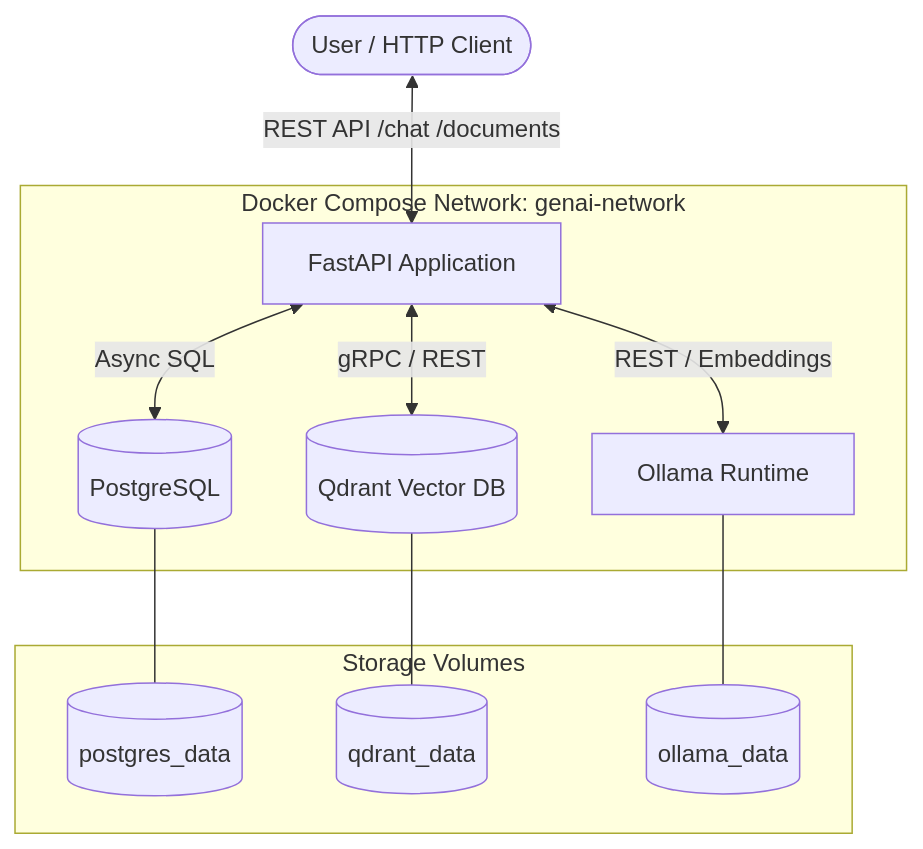
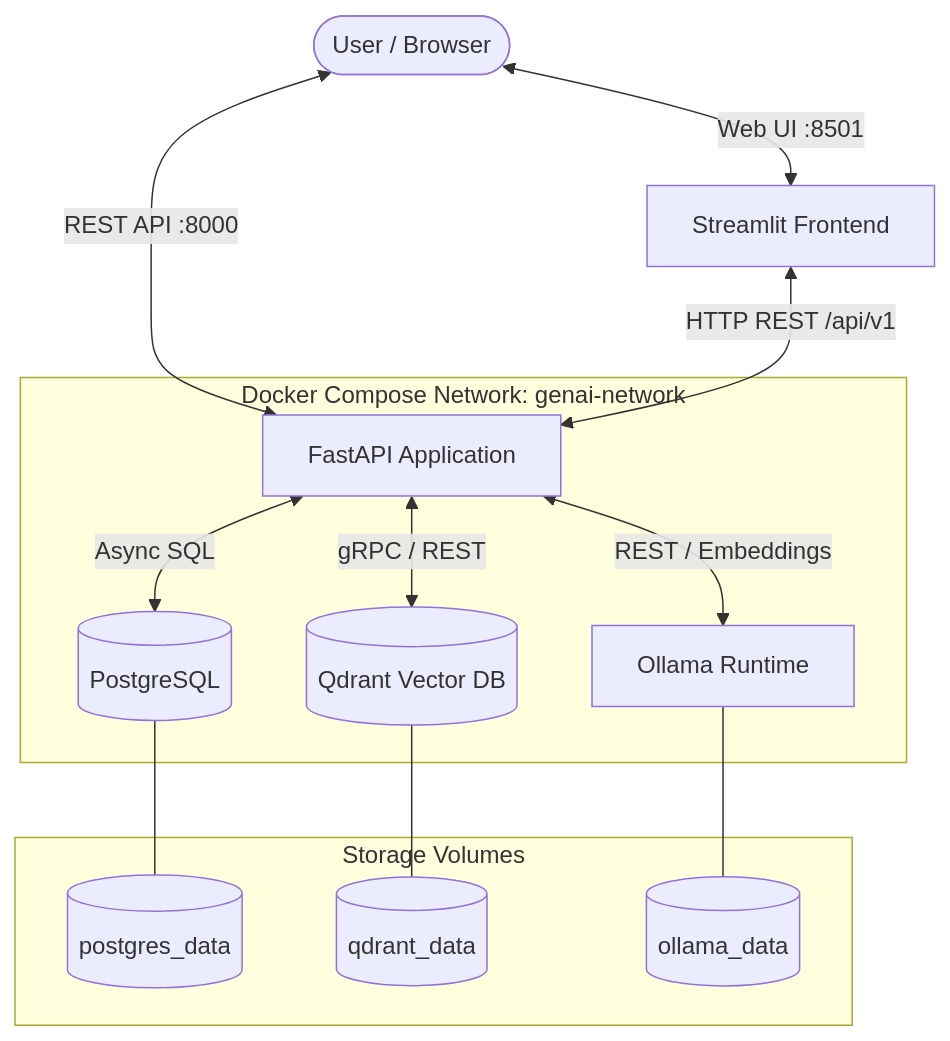
Before and after one commit to anandmindfire/Local-GenAI-Data-Assistant: the first of 3 diagrams in docs/architecture.md, drawn with Mermaid. The commit also changed other lines of this file and 3 other files, not shown here.

Commit message:
docs: add Streamlit UI and FastAPI Swagger documentation with updated architecture diagrams

````diff
--- a/docs/architecture.md
+++ b/docs/architecture.md
@@ -11,16 +12,18 @@
 ```mermaid
 flowchart TD
-    User([User / HTTP Client]) <-->|REST API /chat /documents| FastAPI[FastAPI Application]
+    User([User / Browser]) <-->|Web UI :8501| Streamlit[Streamlit Frontend]
+    User <-->|REST API :8000| FastAPI[FastAPI Application]
+    Streamlit <-->|HTTP REST /api/v1| FastAPI
 
     subgraph Local Infrastructure [Docker Compose Network: genai-network]
         FastAPI <-->|Async SQL| PG[(PostgreSQL)]
         FastAPI <-->|gRPC / REST| Qdrant[(Qdrant Vector DB)]
         FastAPI <-->|REST / Embeddings| Ollama[Ollama Runtime]
     end
 
     subgraph Storage Volumes
         PG --- PGVol[(postgres_data)]
         Qdrant --- QdrantVol[(qdrant_data)]
         Ollama --- OllamaVol[(ollama_data)]
     end
 ```
````
